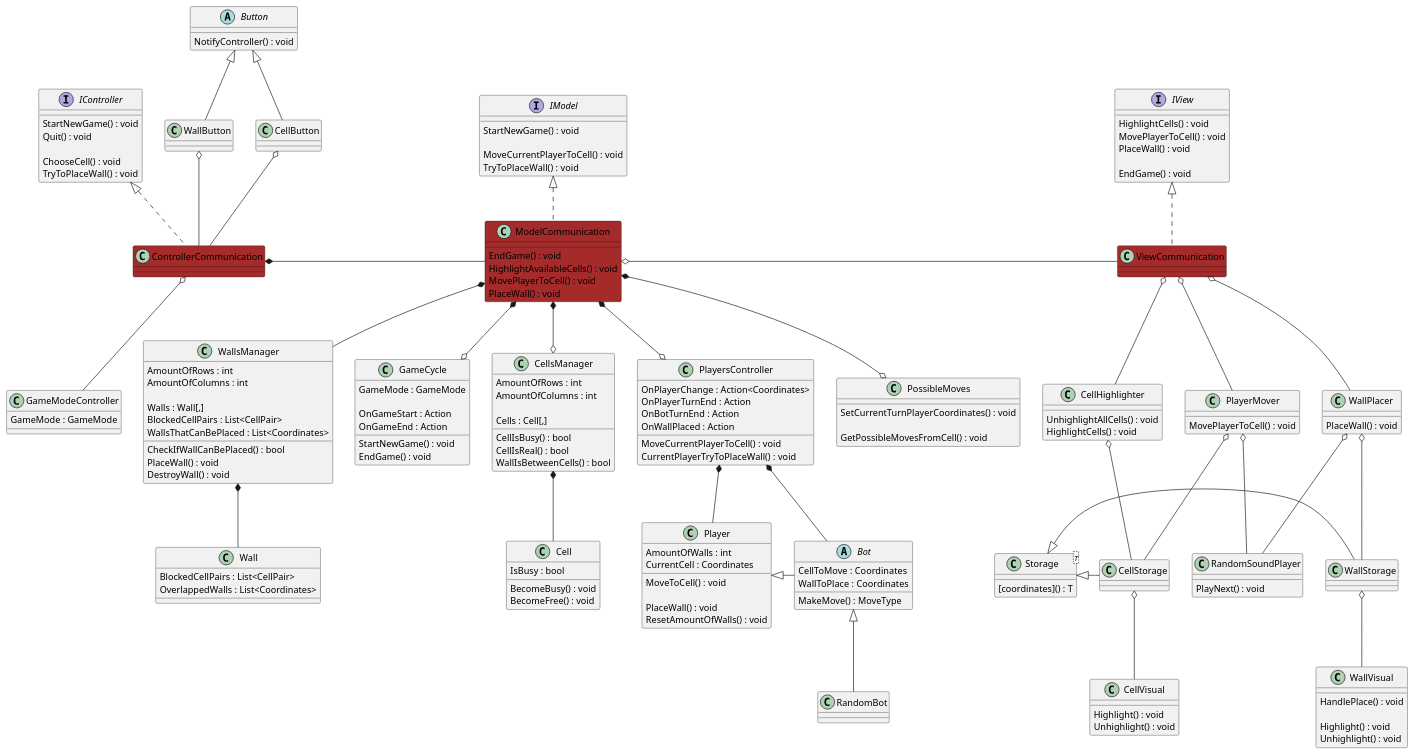
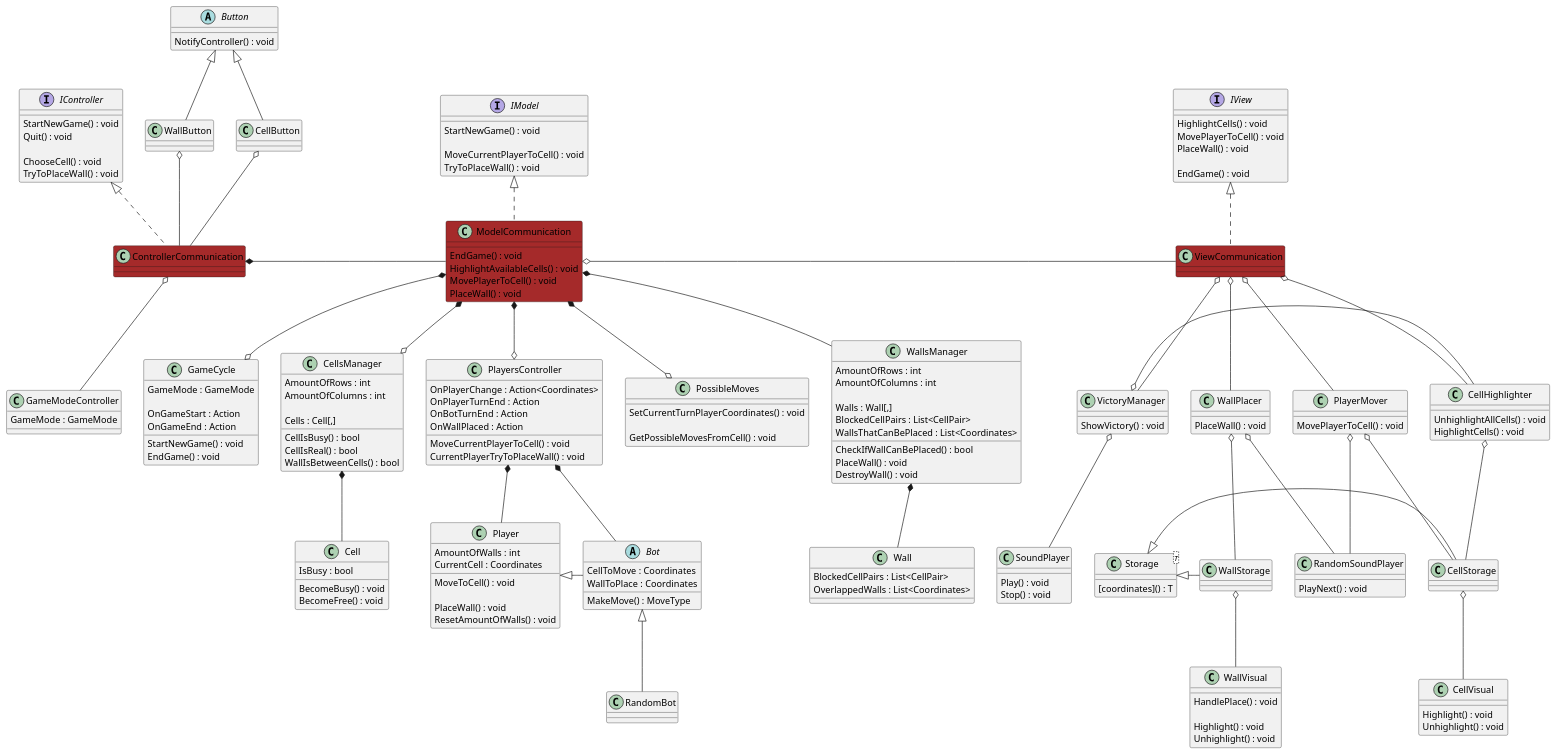
The diagram in Quoridor/Assets/Diagrams/diagram.puml (snyk04/quoridor), drawn with PlantUML before and after one commit. The commit also changed 12 other files, not shown here.

Commit message:
background music + victory music + diagram update

```diff
--- a/Quoridor/Assets/Diagrams/diagram.puml
+++ b/Quoridor/Assets/Diagrams/diagram.puml
@@ -168,6 +168,15 @@
 {
     PlayNext() : void
 }
+class SoundPlayer
+{
+    Play() : void
+    Stop() : void
+}
+class VictoryManager
+{
+    ShowVictory() : void
+}
     
 IView <|..  ViewCommunication
 
@@ -176,6 +185,7 @@
 
 ViewCommunication o-- CellHighlighter
 ViewCommunication o-- PlayerMover
+ViewCommunication o-- VictoryManager
 ViewCommunication o-- WallPlacer
 
 CellHighlighter o-- CellStorage
@@ -188,6 +198,8 @@
 PlayerMover o-- RandomSoundPlayer
 WallPlacer o-- RandomSoundPlayer
 
+VictoryManager o- CellHighlighter
+VictoryManager o-- SoundPlayer
 
 '-----Controller-----'
 
```
